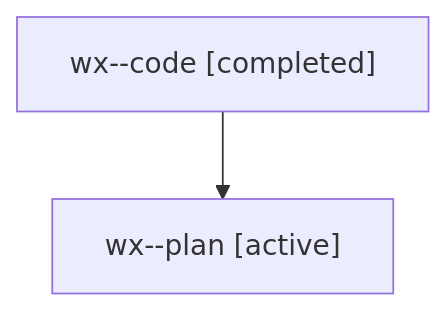
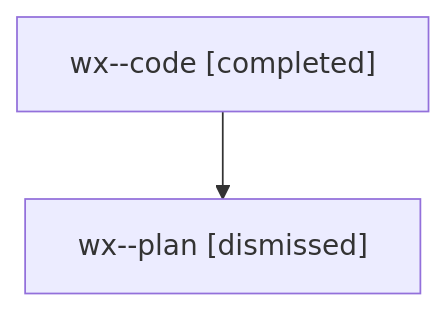
One commit to sase-org/sase--agents changed the diagram in sessions/bbugyi200.athena.wx.md. Above: the diagram before and after it, drawn with Mermaid. The commit also changed other lines of this file and 42 other files, not shown here.

````diff
--- a/sessions/bbugyi200.athena.wx.md
+++ b/sessions/bbugyi200.athena.wx.md
@@ -9,6 +9,6 @@
 ```mermaid
 flowchart TD
   n0["wx--code [completed]"]
-  n1["wx--plan [active]"]
+  n1["wx--plan [dismissed]"]
   n0 --> n1
 ```
````
